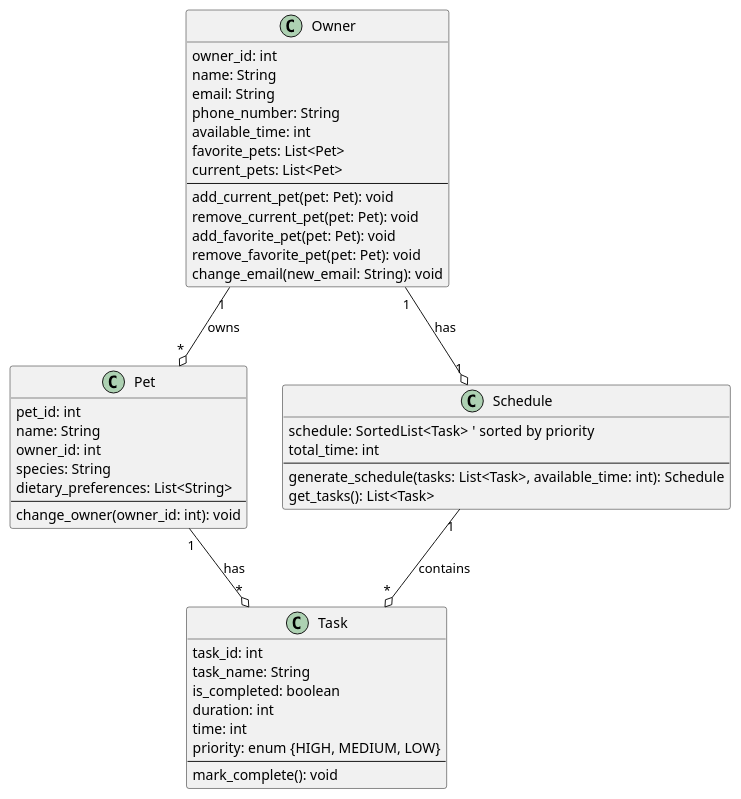
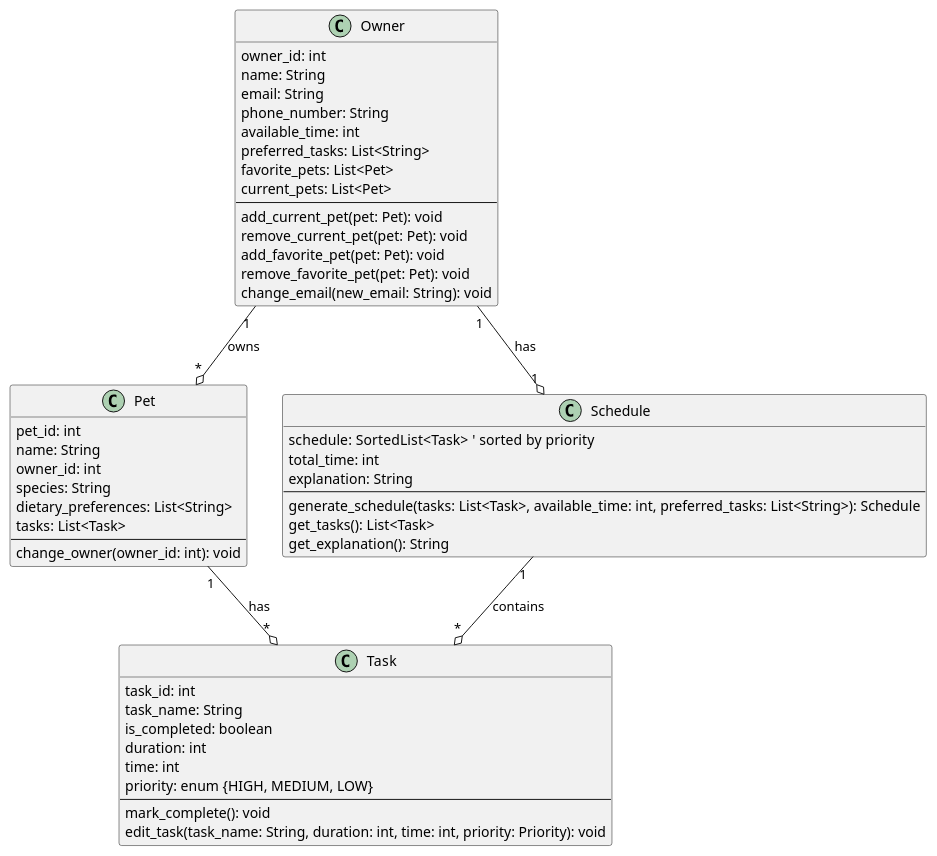
One commit to shamshertamang/ai110-module2show-pawpal-starter changed the diagram in uml_diagram.puml. Above: the diagram before and after it, drawn with PlantUML. The commit also changed 5 other files, not shown here.

```diff
--- a/uml_diagram.puml
+++ b/uml_diagram.puml
@@ -1,55 +1,60 @@
 @startuml PawPal+
 
 class Owner {
     owner_id: int
     name: String
     email: String
     phone_number: String
     available_time: int
+    preferred_tasks: List<String>
     favorite_pets: List<Pet>
     current_pets: List<Pet>
     --
     add_current_pet(pet: Pet): void                              
     remove_current_pet(pet: Pet): void                    
     add_favorite_pet(pet: Pet): void                      
     remove_favorite_pet(pet: Pet): void                   
     change_email(new_email: String): void 
 }
 
 class Pet {
     pet_id: int
     name: String
     owner_id: int
     species: String
     dietary_preferences: List<String>
+    tasks: List<Task>
     --
     change_owner(owner_id: int): void
 }
 
 class Task {
     task_id: int
     task_name: String
     is_completed: boolean
     duration: int
     time: int
     priority: enum {HIGH, MEDIUM, LOW}
     --
     mark_complete(): void
+    edit_task(task_name: String, duration: int, time: int, priority: Priority): void
 }
 
 
 class Schedule {
     schedule: SortedList<Task>  ' sorted by priority
     total_time: int
+    explanation: String
     --
-    generate_schedule(tasks: List<Task>, available_time: int): Schedule
+    generate_schedule(tasks: List<Task>, available_time: int, preferred_tasks: List<String>): Schedule
     get_tasks(): List<Task>
+    get_explanation(): String
 }
 
 Owner "1" --o "*" Pet : owns
 Owner "1" --o "1" Schedule : has                                                                          
 Pet "1" --o "*" Task : has                                                                            
 Schedule "1" --o "*" Task : contains 
 
 
 @enduml
```
